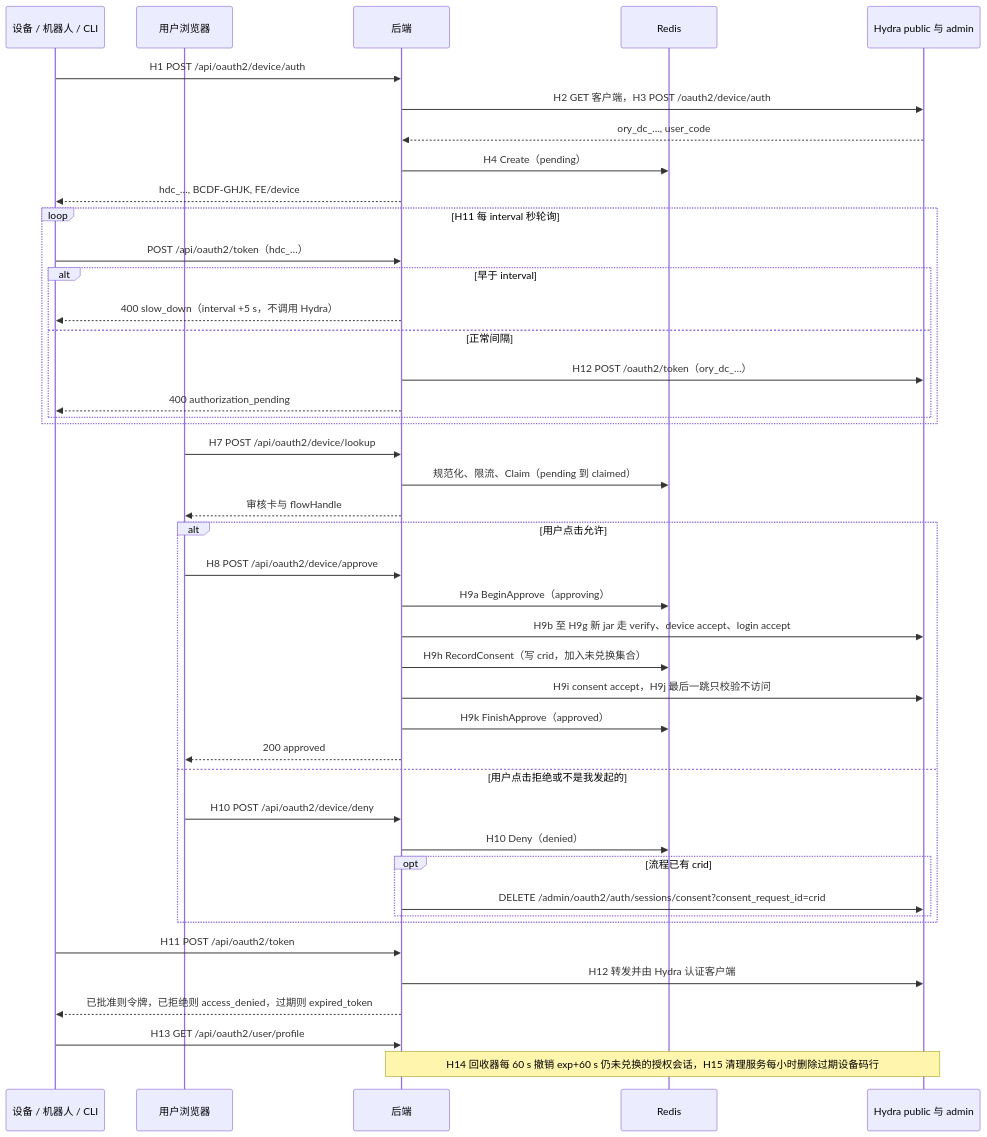
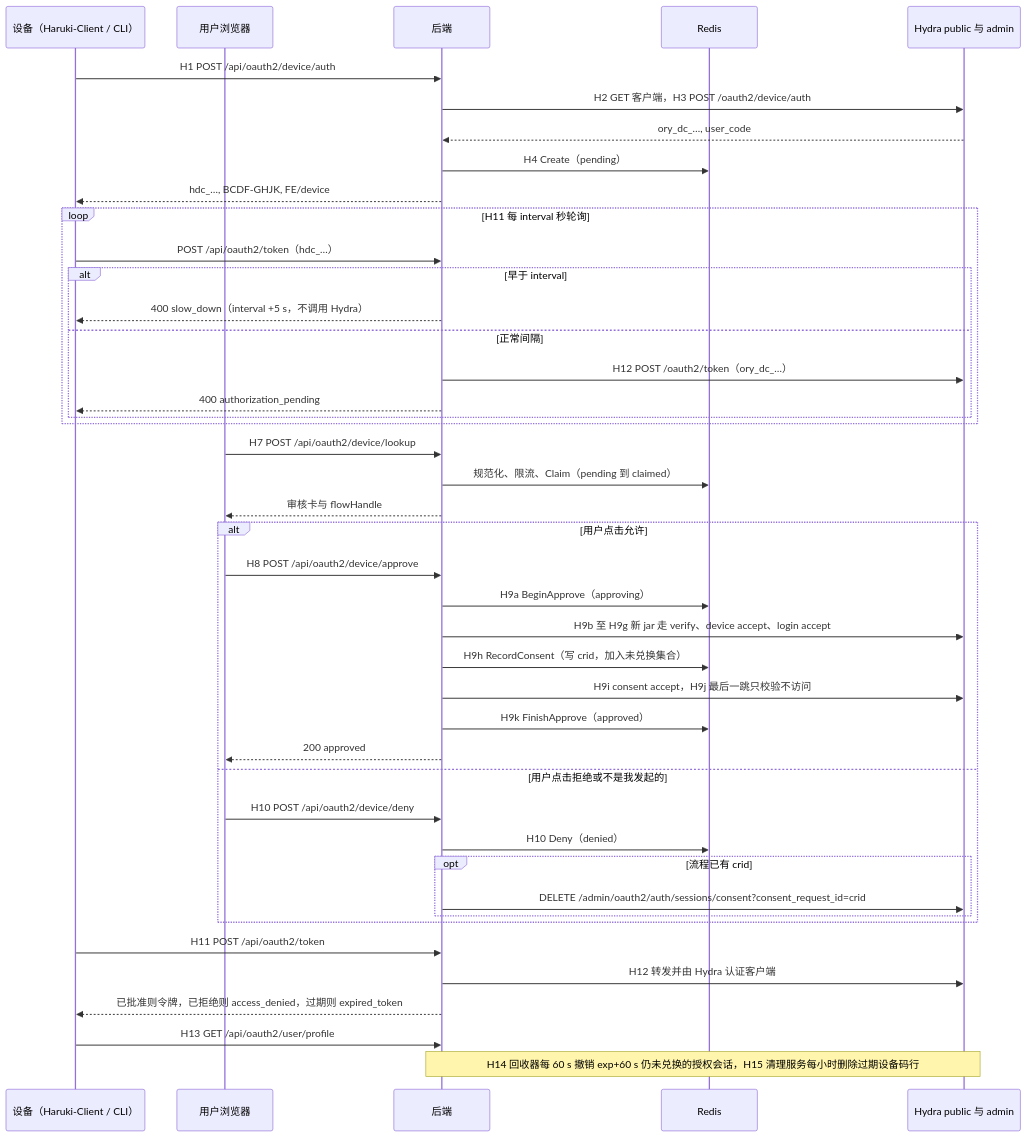
Before and after one commit to Team-Haruki/Haruki-Toolbox-Backend: the diagram in docs/oauth2-device-flow-design.zh-CN.md, drawn with Mermaid. The commit also changed other lines of this file, not shown here.

First line of the commit message:
[Docs] Re-scope the device authorization design to Haruki-Client room submission

````diff
--- a/docs/oauth2-device-flow-design.zh-CN.md
+++ b/docs/oauth2-device-flow-design.zh-CN.md
@@ -157,46 +175,46 @@
 ```mermaid
 sequenceDiagram
-    participant D as 设备 / 机器人 / CLI
+    participant D as 设备（Haruki-Client / CLI）
     participant U as 用户浏览器
     participant BE as 后端
     participant R as Redis
     participant H as Hydra public 与 admin
 
     D->>BE: H1 POST /api/oauth2/device/auth
     BE->>H: H2 GET 客户端，H3 POST /oauth2/device/auth
     H-->>BE: ory_dc_…, user_code
     BE->>R: H4 Create（pending）
     BE-->>D: hdc_…, BCDF-GHJK, FE/device
     loop H11 每 interval 秒轮询
         D->>BE: POST /api/oauth2/token（hdc_…）
         alt 早于 interval
             BE-->>D: 400 slow_down（interval +5 s，不调用 Hydra）
         else 正常间隔
             BE->>H: H12 POST /oauth2/token（ory_dc_…）
             BE-->>D: 400 authorization_pending
         end
     end
     U->>BE: H7 POST /api/oauth2/device/lookup
     BE->>R: 规范化、限流、Claim（pending 到 claimed）
     BE-->>U: 审核卡与 flowHandle
     alt 用户点击允许
         U->>BE: H8 POST /api/oauth2/device/approve
         BE->>R: H9a BeginApprove（approving）
         BE->>H: H9b 至 H9g 新 jar 走 verify、device accept、login accept
         BE->>R: H9h RecordConsent（写 crid，加入未兑换集合）
         BE->>H: H9i consent accept，H9j 最后一跳只校验不访问
         BE->>R: H9k FinishApprove（approved）
         BE-->>U: 200 approved
     else 用户点击拒绝或不是我发起的
         U->>BE: H10 POST /api/oauth2/device/deny
         BE->>R: H10 Deny（denied）
         opt 流程已有 crid
             BE->>H: DELETE /admin/oauth2/auth/sessions/consent?consent_request_id=crid
         end
     end
     D->>BE: H11 POST /api/oauth2/token
     BE->>H: H12 转发并由 Hydra 认证客户端
     BE-->>D: 已批准则令牌，已拒绝则 access_denied，过期则 expired_token
     D->>BE: H13 GET /api/oauth2/user/profile
     Note over BE,H: H14 回收器每 60 s 撤销 exp+60 s 仍未兑换的授权会话，H15 清理服务每小时删除过期设备码行
 ```
````
